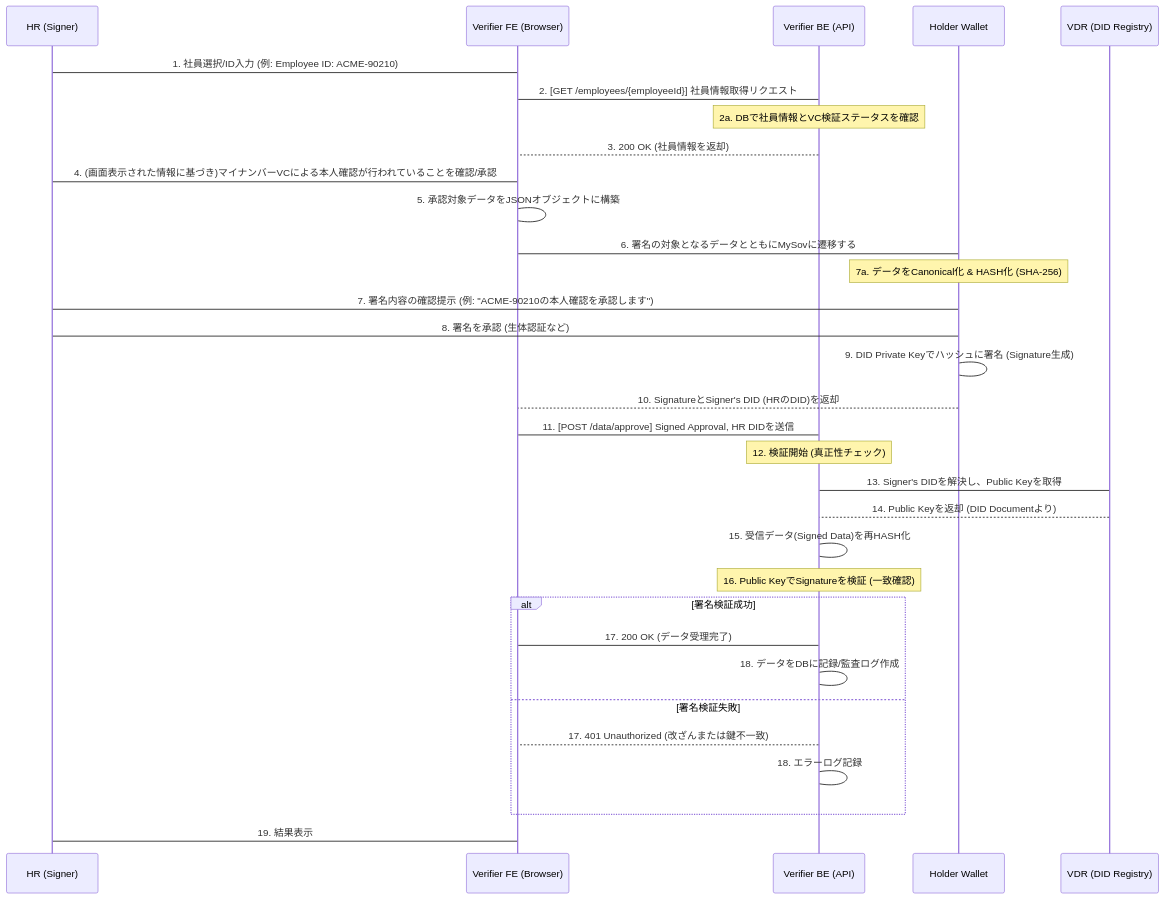
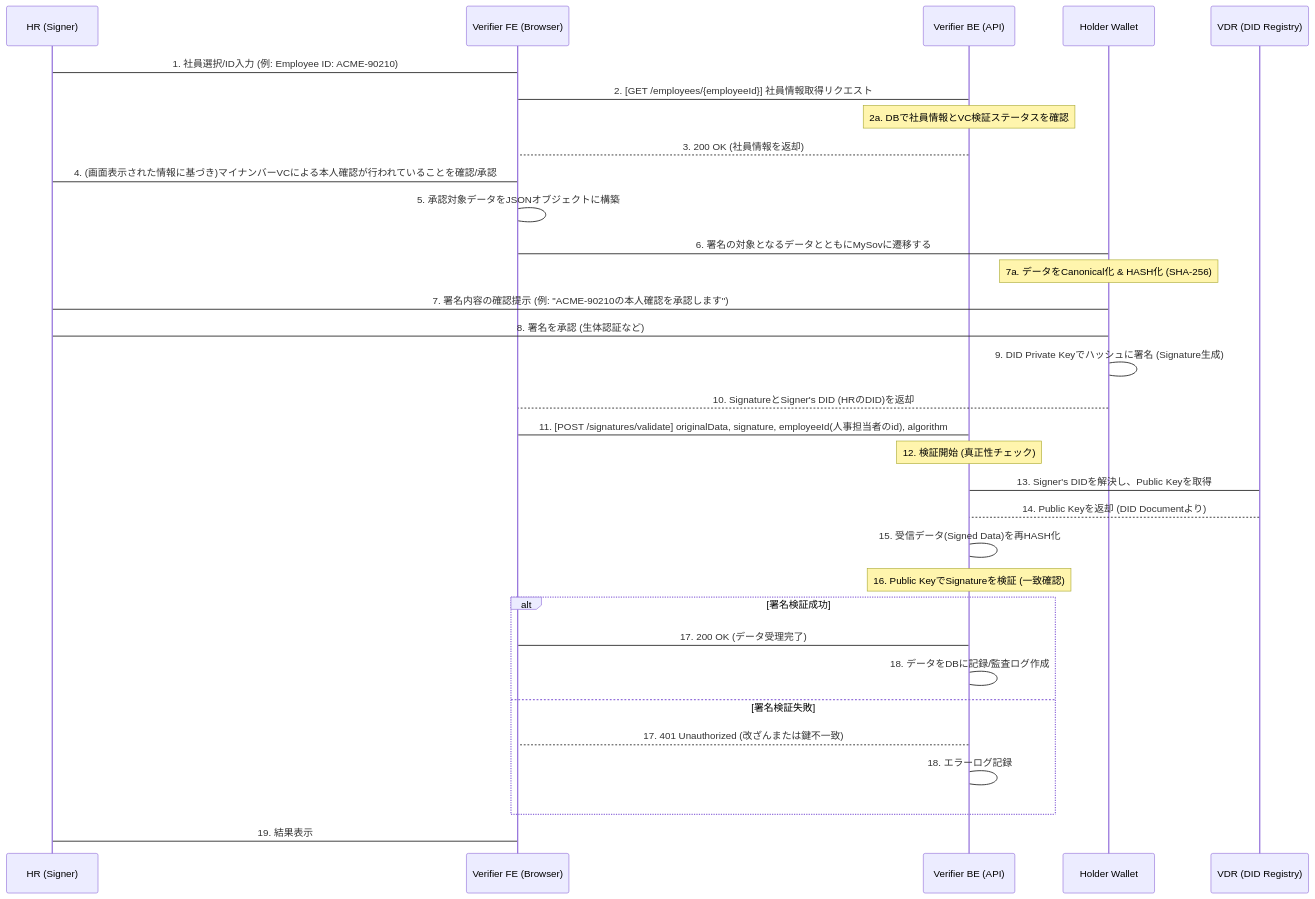
Before and after one commit to satoke-dp/sample: the third of 3 diagrams in README.md, drawn with Mermaid.

````diff
--- a/README.md
+++ b/README.md
@@ -89,48 +89,48 @@
 ```mermaid
 sequenceDiagram
     participant HR as HR (Signer)
     participant VerifierFE as Verifier FE (Browser)
     participant VerifierBE as Verifier BE (API)
     participant Wallet as Holder Wallet
     participant VDR as VDR (DID Registry)
 
     %% 1. HRによる社員情報取得と確認 (Verification)
     HR->VerifierFE: 1. 社員選択/ID入力 (例: Employee ID: ACME-90210)
     
     VerifierFE->VerifierBE: 2. [GET /employees/{employeeId}] 社員情報取得リクエスト
     Note over VerifierBE: 2a. DBで社員情報とVC検証ステータスを確認
     VerifierBE-->VerifierFE: 3. 200 OK (社員情報を返却)
     
     HR->VerifierFE: 4. (画面表示された情報に基づき)マイナンバーVCによる本人確認が行われていることを確認/承認
     
     %% 2. Data Preparation and Signing (HR Action)
     VerifierFE->VerifierFE: 5. 承認対象データをJSONオブジェクトに構築
     VerifierFE->Wallet: 6. 署名の対象となるデータとともにMySovに遷移する
 
     Note over Wallet: 7a. データをCanonical化 & HASH化 (SHA-256)
     Wallet->HR: 7. 署名内容の確認提示 (例: "ACME-90210の本人確認を承認します")
     HR->Wallet: 8. 署名を承認 (生体認証など)
     Wallet->Wallet: 9. DID Private Keyでハッシュに署名 (Signature生成)
     Wallet-->VerifierFE: 10. SignatureとSigner's DID (HRのDID)を返却
 
     %% 3. Submission to Backend
-    VerifierFE->VerifierBE: 11. [POST /data/approve] Signed Approval, HR DIDを送信
+    VerifierFE->VerifierBE: 11. [POST /signatures/validate] originalData, signature, employeeId(人事担当者のid), algorithm
 
     %% 4. Verification and Storage (Server-side)
     Note over VerifierBE: 12. 検証開始 (真正性チェック)
     
     VerifierBE->VDR: 13. Signer's DIDを解決し、Public Keyを取得
     VDR-->VerifierBE: 14. Public Keyを返却 (DID Documentより)
     
     VerifierBE->VerifierBE: 15. 受信データ(Signed Data)を再HASH化
     Note over VerifierBE: 16. Public KeyでSignatureを検証 (一致確認)
 
     alt 署名検証成功
         VerifierBE->VerifierFE: 17. 200 OK (データ受理完了)
         VerifierBE->VerifierBE: 18. データをDBに記録/監査ログ作成
     else 署名検証失敗
         VerifierBE-->VerifierFE: 17. 401 Unauthorized (改ざんまたは鍵不一致)
         VerifierBE->VerifierBE: 18. エラーログ記録
     end
     VerifierFE->HR: 19. 結果表示
 ```
````
